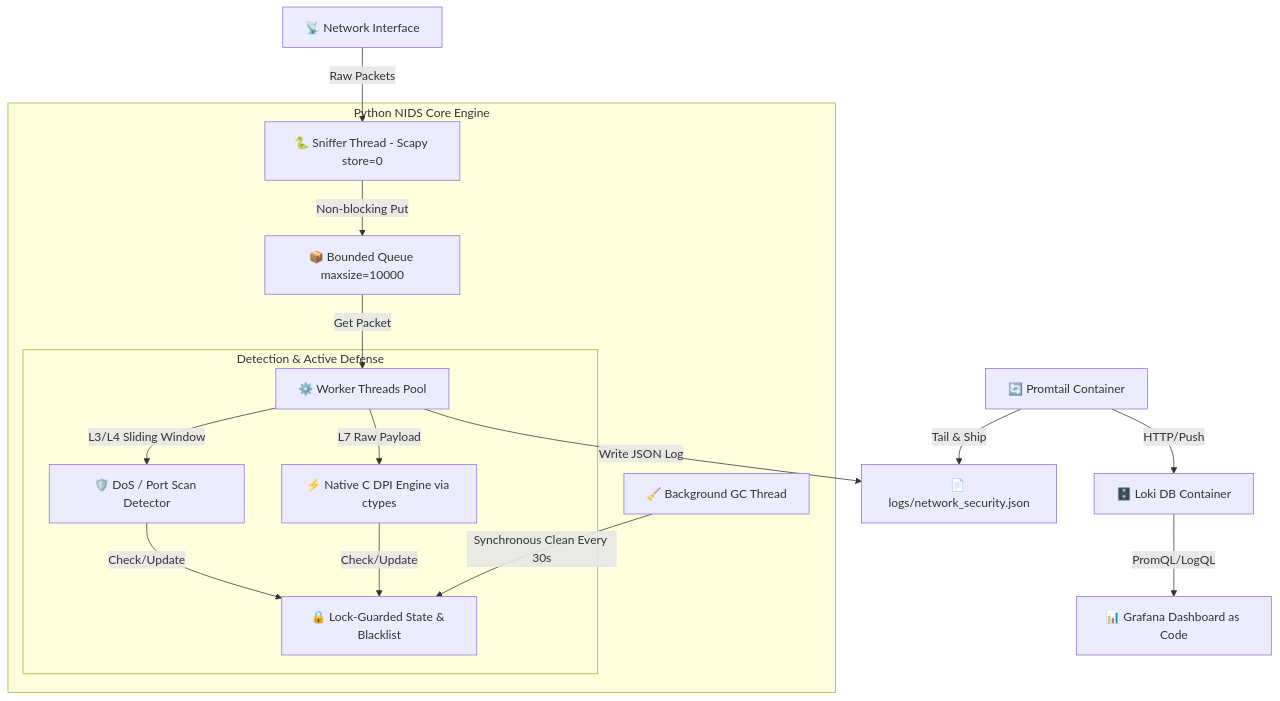
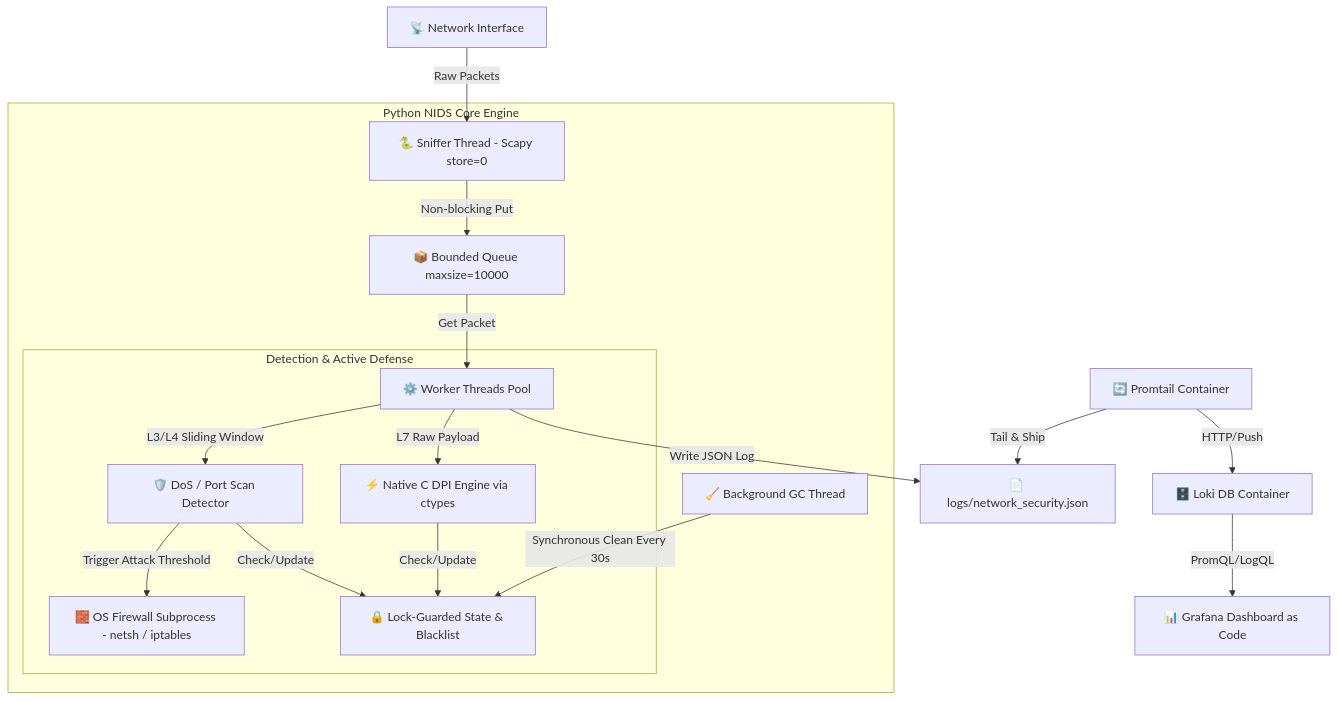
One commit to RazEini/NetGuard changed the diagram in README.md. Above: the diagram before and after it, drawn with Mermaid. The commit also changed other lines of this file, not shown here.

````diff
--- a/README.md
+++ b/README.md
@@ -28,25 +31,26 @@
 ```mermaid
 flowchart TD
     %% Traffic Input
     NIC[📡 Network Interface] -->|Raw Packets| SnifferThread[🐍 Sniffer Thread - Scapy store=0]
-    
+
     %% Core Engine
     subgraph Engine [Python NIDS Core Engine]
         SnifferThread -->|Non-blocking Put| Queue[📦 Bounded Queue maxsize=10000]
         Queue -->|Get Packet| Worker[⚙️ Worker Threads Pool]
-        
+
         subgraph Detection [Detection & Active Defense]
             Worker -->|L3/L4 Sliding Window| Anomaly[🛡️ DoS / Port Scan Detector]
             Worker -->|L7 Raw Payload| DPI[⚡ Native C DPI Engine via ctypes]
+            Anomaly -->|Trigger Attack Threshold| Firewall[🧱 OS Firewall Subprocess - netsh / iptables]
             Anomaly & DPI -->|Check/Update| State[🔒 Lock-Guarded State & Blacklist]
         end
-        
+
         GC[🧹 Background GC Thread] -->|Synchronous Clean Every 30s| State
     end
 
     %% Logging & Observability
     Worker -->|Write JSON Log| LogFile[📄 logs/network_security.json]
     Promtail[🔄 Promtail Container] -->|Tail & Ship| LogFile
     Promtail -->|HTTP/Push| Loki[🗄️ Loki DB Container]
     Loki -->|PromQL/LogQL| Grafana[📊 Grafana Dashboard as Code]
 ```
````
